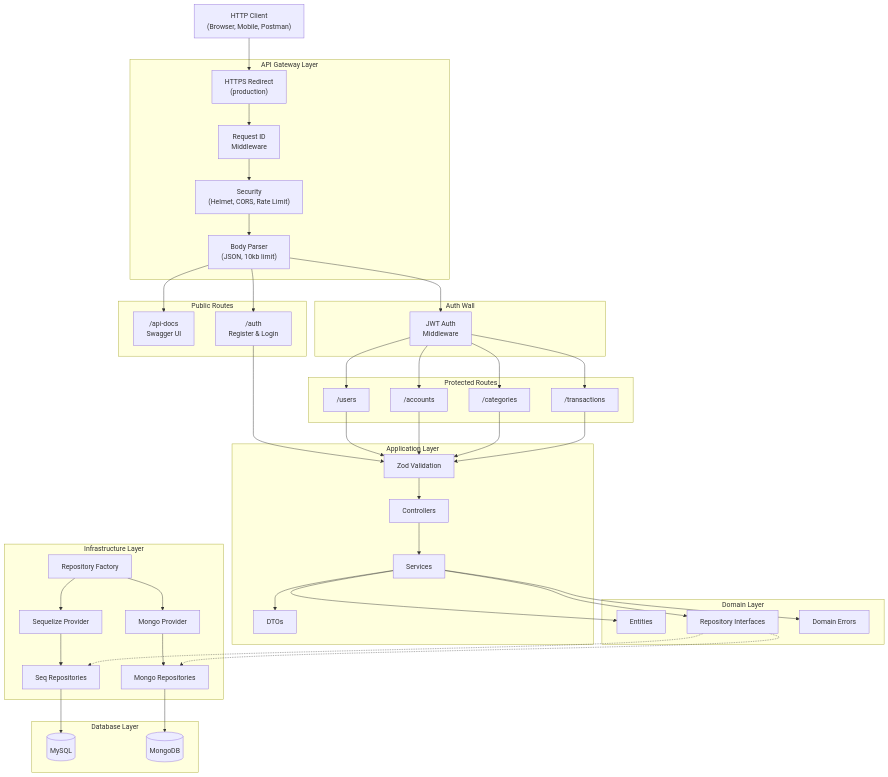
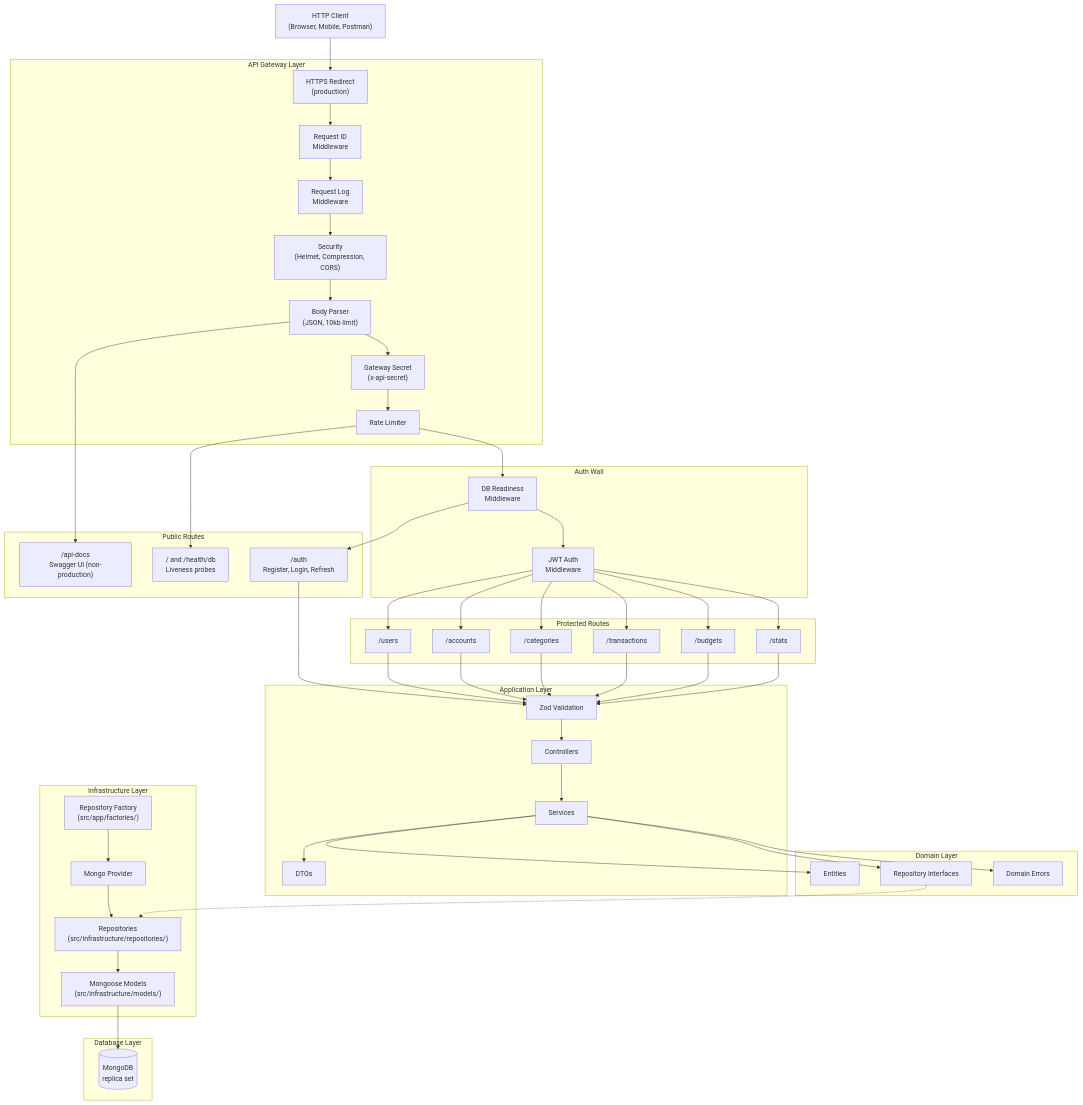
The diagram in docs/architecture/overview.md (alex16jpv/lag-money-manager), drawn with Mermaid before and after one commit. The commit also changed other lines of this file and 37 other files, not shown here.

````diff
--- a/docs/architecture/overview.md
+++ b/docs/architecture/overview.md
@@ -9,71 +9,77 @@
 ```mermaid
 graph TB
     Client["HTTP Client<br/>(Browser, Mobile, Postman)"]
 
     subgraph "API Gateway Layer"
         HTTPS["HTTPS Redirect<br/>(production)"]
         RID["Request ID<br/>Middleware"]
-        SEC["Security<br/>(Helmet, CORS, Rate Limit)"]
+        RLOG["Request Log<br/>Middleware"]
+        SEC["Security<br/>(Helmet, Compression, CORS)"]
         BP["Body Parser<br/>(JSON, 10kb limit)"]
+        GATE["Gateway Secret<br/>(x-api-secret)"]
+        RL["Rate Limiter"]
     end
 
     subgraph "Public Routes"
-        SWAGGER["/api-docs<br/>Swagger UI"]
-        AUTH_R["/auth<br/>Register & Login"]
+        SWAGGER["/api-docs<br/>Swagger UI (non-production)"]
+        PROBE["/ and /health/db<br/>Liveness probes"]
+        AUTH_R["/auth<br/>Register, Login, Refresh"]
     end
 
     subgraph "Auth Wall"
+        DBR["DB Readiness<br/>Middleware"]
         AUTH_MW["JWT Auth<br/>Middleware"]
     end
 
     subgraph "Protected Routes"
         USER_R["/users"]
         ACCT_R["/accounts"]
         CAT_R["/categories"]
         TX_R["/transactions"]
+        BUD_R["/budgets"]
+        STAT_R["/stats"]
     end
 
     subgraph "Application Layer"
         CTRL["Controllers"]
         SVC["Services"]
         DTO["DTOs"]
         VAL["Zod Validation"]
     end
 
     subgraph "Domain Layer"
         ENT["Entities"]
         REPO_I["Repository Interfaces"]
         DERR["Domain Errors"]
     end
 
     subgraph "Infrastructure Layer"
-        FACTORY["Repository Factory"]
-        SEQ_P["Sequelize Provider"]
+        FACTORY["Repository Factory<br/>(src/app/factories/)"]
         MONGO_P["Mongo Provider"]
-        SEQ_R["Seq Repositories"]
-        MONGO_R["Mongo Repositories"]
+        MONGO_R["Repositories<br/>(src/infrastructure/repositories/)"]
+        MODELS["Mongoose Models<br/>(src/infrastructure/models/)"]
     end
 
     subgraph "Database Layer"
-        MYSQL[(MySQL)]
-        MONGODB[(MongoDB)]
+        MONGODB[(MongoDB<br/>replica set)]
     end
 
-    Client --> HTTPS --> RID --> SEC --> BP
+    Client --> HTTPS --> RID --> RLOG --> SEC --> BP
     BP --> SWAGGER
-    BP --> AUTH_R
-    BP --> AUTH_MW
-    AUTH_MW --> USER_R & ACCT_R & CAT_R & TX_R
+    BP --> GATE --> RL
+    RL --> PROBE
+    RL --> DBR
+    DBR --> AUTH_R
+    DBR --> AUTH_MW
+    AUTH_MW --> USER_R & ACCT_R & CAT_R & TX_R & BUD_R & STAT_R
 
-    AUTH_R & USER_R & ACCT_R & CAT_R & TX_R --> VAL --> CTRL
+    AUTH_R & USER_R & ACCT_R & CAT_R & TX_R & BUD_R & STAT_R --> VAL --> CTRL
     CTRL --> SVC
     SVC --> ENT & REPO_I & DTO & DERR
 
-    FACTORY --> SEQ_P & MONGO_P
-    SEQ_P --> SEQ_R
+    FACTORY --> MONGO_P
     MONGO_P --> MONGO_R
-    REPO_I -.-> SEQ_R & MONGO_R
+    REPO_I -.-> MONGO_R
 
-    SEQ_R --> MYSQL
-    MONGO_R --> MONGODB
+    MONGO_R --> MODELS --> MONGODB
 ```
````
